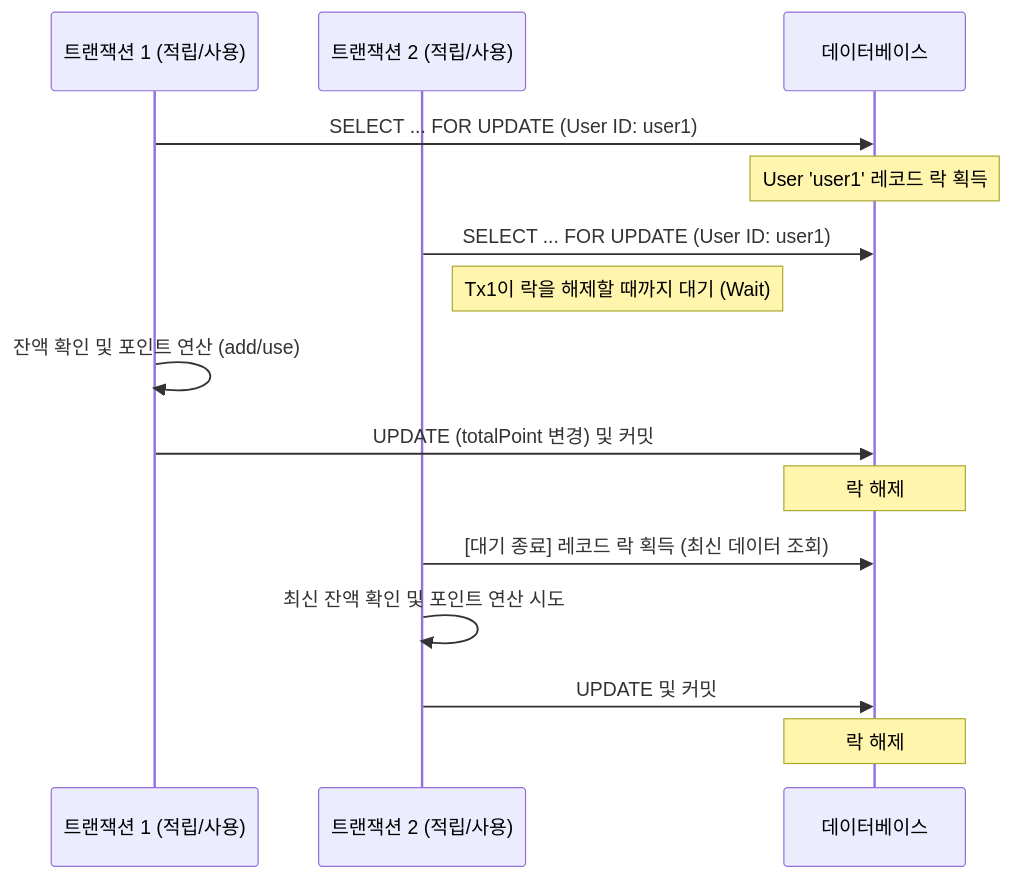
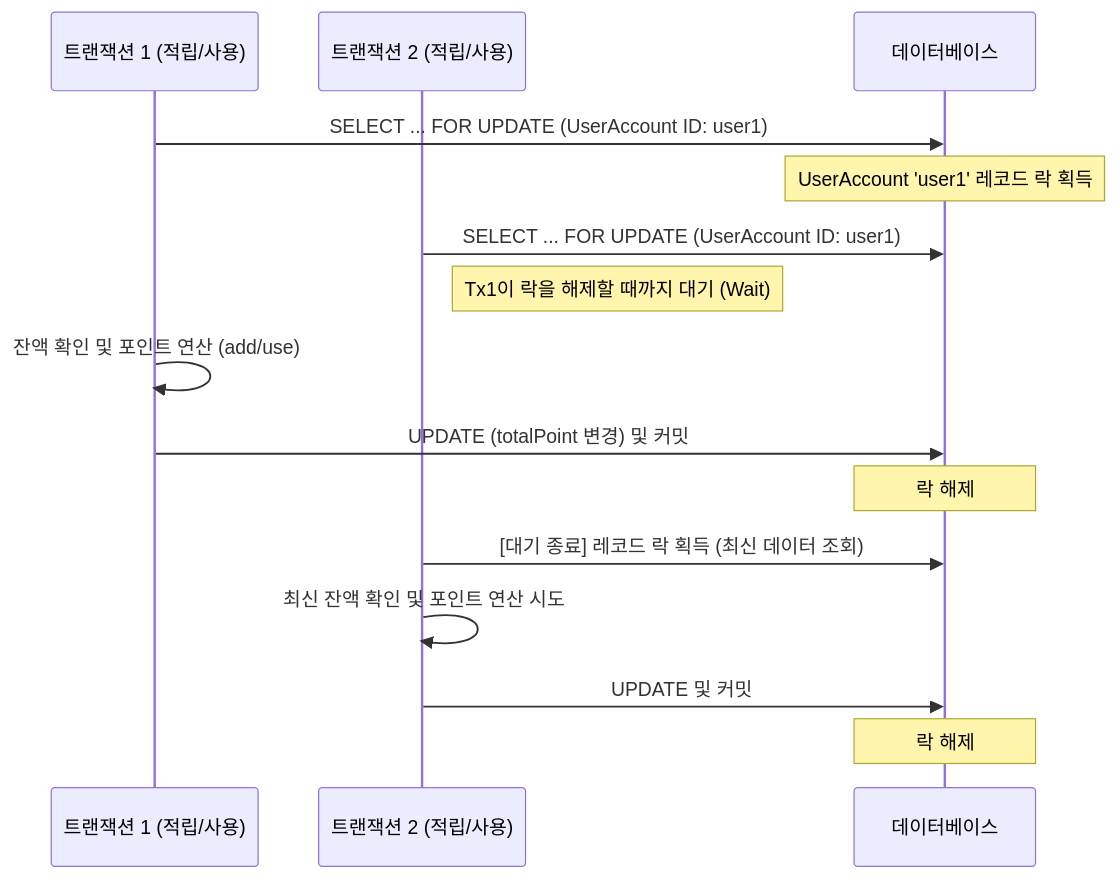
The diagram in docs/동시성 제어.md (muzzaiwork/point), drawn with Mermaid before and after one commit. The commit also changed other lines of this file and 15 other files, not shown here.

Commit message:
Rename User and UserRepository to UserAccount and UserAccountRepository

````diff
--- a/docs/동시성 제어.md
+++ b/docs/동시성 제어.md
@@ -21,21 +21,21 @@
 ```mermaid
 sequenceDiagram
     participant Tx1 as 트랜잭션 1 (적립/사용)
     participant Tx2 as 트랜잭션 2 (적립/사용)
     participant DB as 데이터베이스
 
-    Tx1->>DB: SELECT ... FOR UPDATE (User ID: user1)
-    Note over DB: User 'user1' 레코드 락 획득
+    Tx1->>DB: SELECT ... FOR UPDATE (UserAccount ID: user1)
+    Note over DB: UserAccount 'user1' 레코드 락 획득
     
-    Tx2->>DB: SELECT ... FOR UPDATE (User ID: user1)
+    Tx2->>DB: SELECT ... FOR UPDATE (UserAccount ID: user1)
     Note right of Tx2: Tx1이 락을 해제할 때까지 대기 (Wait)
 
     Tx1->>Tx1: 잔액 확인 및 포인트 연산 (add/use)
     Tx1->>DB: UPDATE (totalPoint 변경) 및 커밋
     Note over DB: 락 해제
 
     Tx2->>DB: [대기 종료] 레코드 락 획득 (최신 데이터 조회)
     Tx2->>Tx2: 최신 잔액 확인 및 포인트 연산 시도
     Tx2->>DB: UPDATE 및 커밋
     Note over DB: 락 해제
 ```
````
